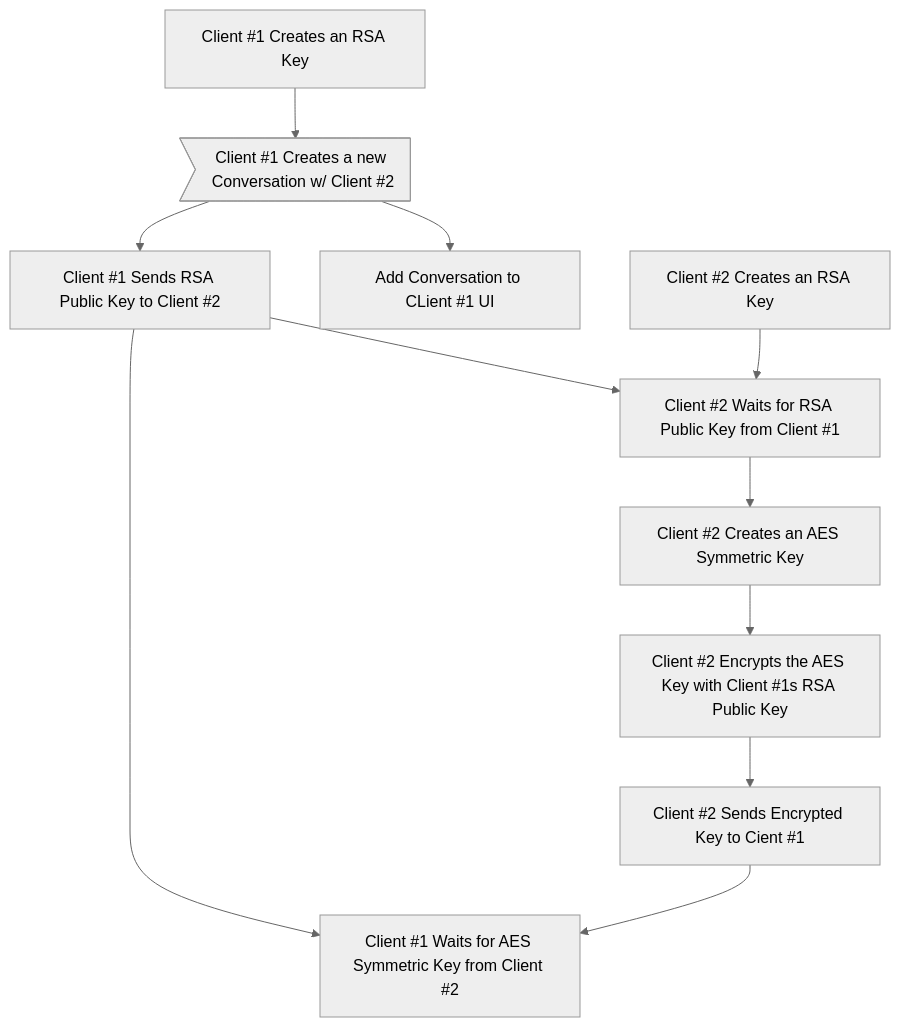
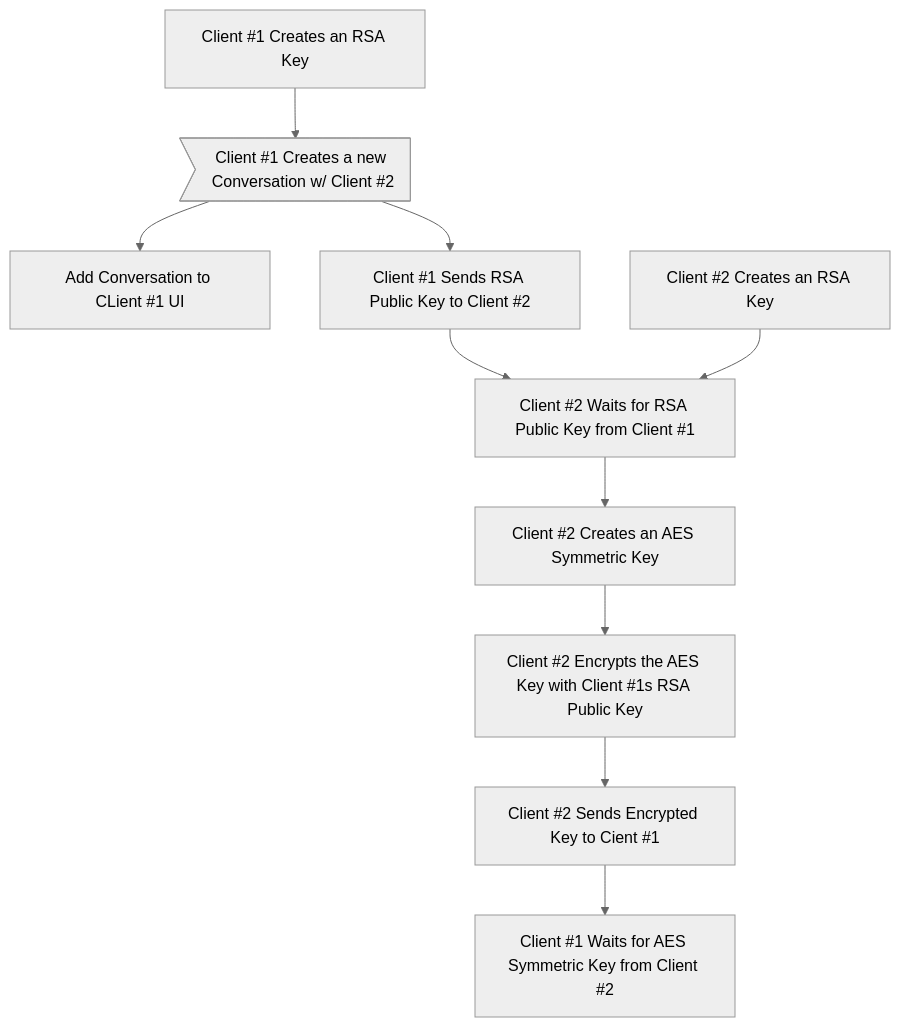
Before and after one commit to xXCrash2BomberXx/TinyChat: the diagram in README.md, drawn with Mermaid (neutral theme).

````diff
--- a/README.md
+++ b/README.md
@@ -72,13 +72,12 @@
 ```mermaid
 graph TB;
   A[Client #1 Creates an RSA Key] --> B>Client #1 Creates a new Conversation w/ Client #2];
   B --> D[Add Conversation to CLient #1 UI];
   B --> E[Client #1 Sends RSA Public Key to Client #2];
   E --> G[Client #2 Waits for RSA Public Key from Client #1];
   F[Client #2 Creates an RSA Key] --> G;
   G --> H[Client #2 Creates an AES Symmetric Key];
   H -->I[Client #2 Encrypts the AES Key with Client #1s RSA Public Key];
   I -->J[Client #2 Sends Encrypted Key to Cient #1];
   J --> K[Client #1 Waits for AES Symmetric Key from Client #2];
-  E --> K;
 ```
````
